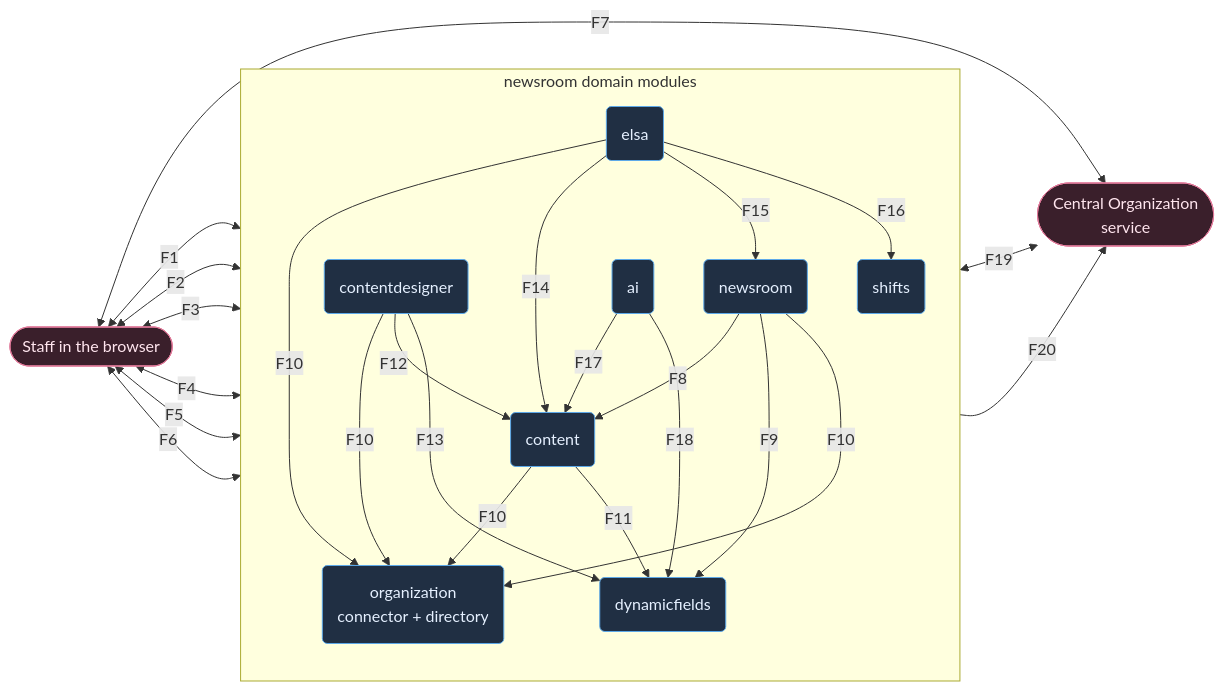
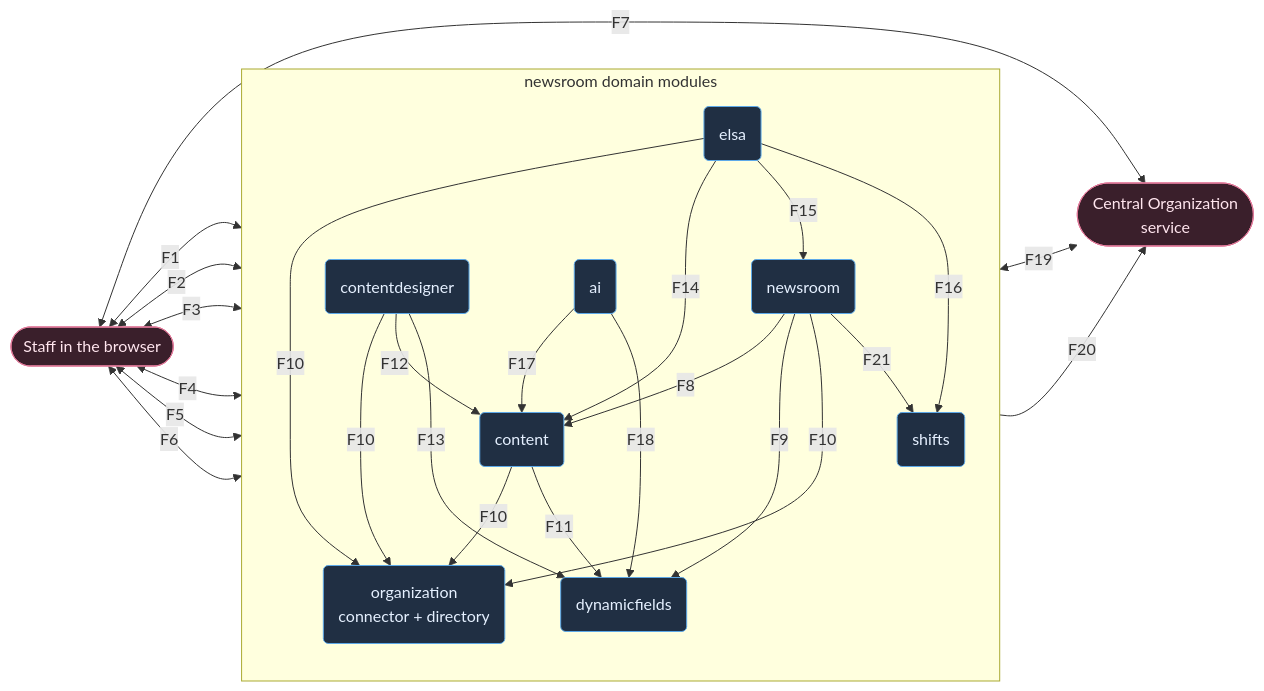
One commit to soft-square-net/ModularBlazor.Platform changed the third of 6 diagrams in docs/astro-modular-blazor-docs/curved-chasm/src/content/docs/architecture/context-dataflow.md. Above: the diagram before and after it, drawn with Mermaid. The commit also changed other lines of this file and 5 other files, not shown here.

First line of the commit message:
Bring the architecture pages up to NewsRoom N3 and Elsa E2

````diff
--- a/docs/astro-modular-blazor-docs/curved-chasm/src/content/docs/architecture/context-dataflow.md
+++ b/docs/astro-modular-blazor-docs/curved-chasm/src/content/docs/architecture/context-dataflow.md
@@ -145,42 +145,43 @@
 ```mermaid
 flowchart LR
   Staff(["Staff in the browser"]):::ext
 
   subgraph Mods["newsroom domain modules"]
     direction TB
     NR("newsroom"):::custom
     CD("contentdesigner"):::custom
     AI("ai"):::custom
     EL("elsa"):::custom
     SH("shifts"):::custom
     CO("content"):::custom
     DF("dynamicfields"):::custom
     ORG("organization<br/>connector + directory"):::custom
   end
 
   Central(["Central Organization<br/>service"]):::ext
 
   Staff <-->|F1| NR
   Staff <-->|F2| CO
   Staff <-->|F3| CD
   Staff <-->|F4| DF
   Staff <-->|F5| SH
   Staff <-->|F6| AI
   Staff <-->|F7| Central
   NR -->|F8| CO
   NR -->|F9| DF
   NR & CO & CD & EL -->|F10| ORG
   CO -->|F11| DF
   CD -->|F12| CO
   CD -->|F13| DF
   EL -->|F14| CO
   EL -->|F15| NR
   EL -->|F16| SH
   AI -->|F17| CO
   AI -->|F18| DF
   ORG <-->|F19| Central
   SH -->|F20| Central
+  NR -->|F21| SH
 
   classDef custom fill:#202f43,stroke:#5da9e9,color:#e5f0ff
   classDef ext fill:#3a1f2b,stroke:#e07a9a,color:#ffe5ee
 ```
````
